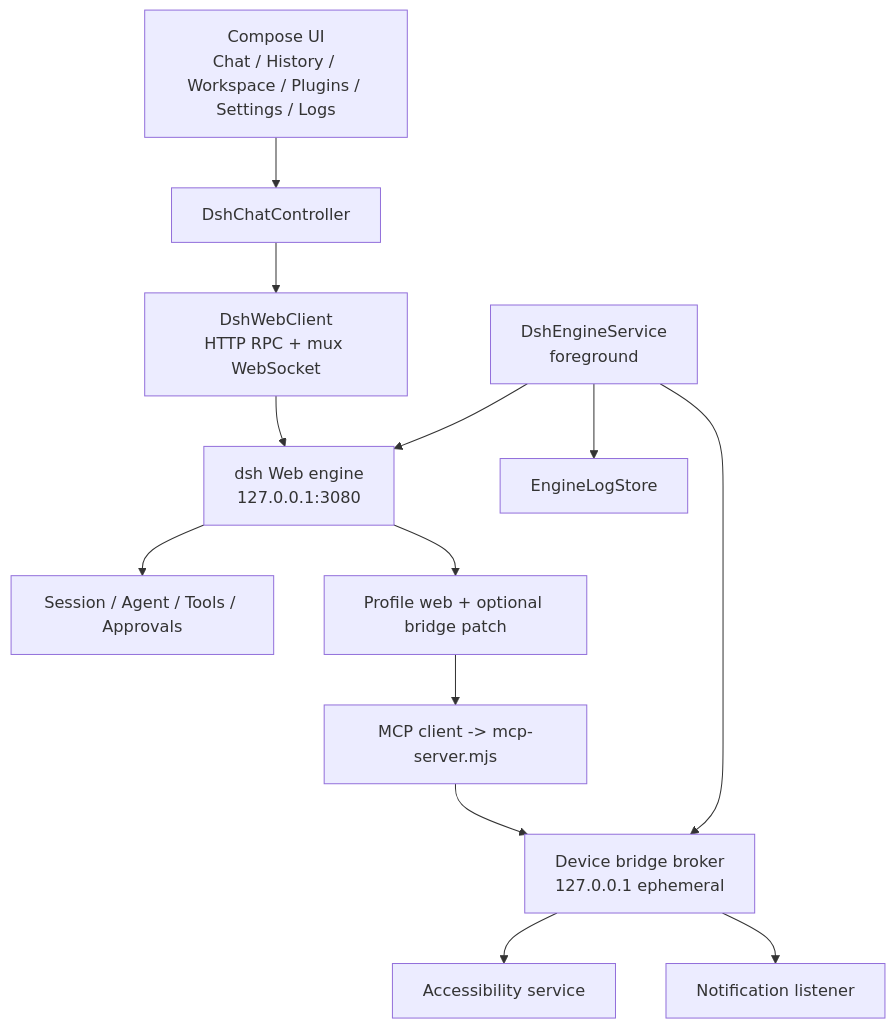
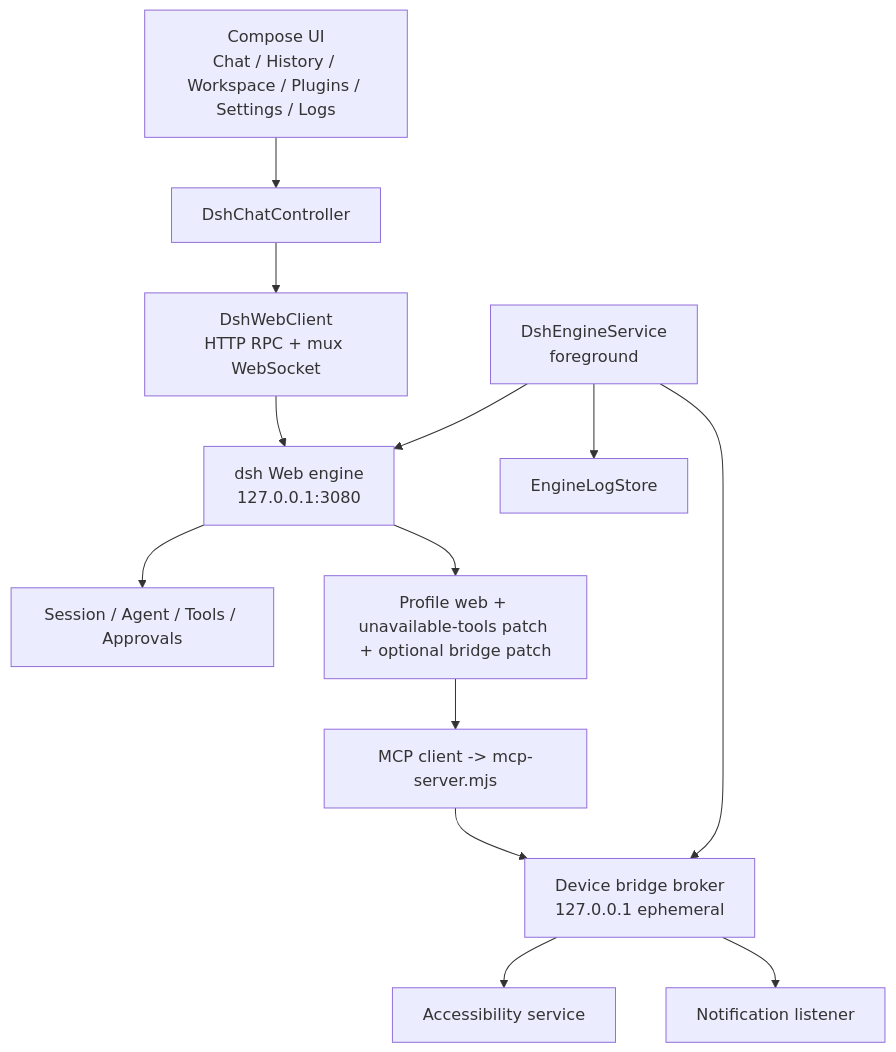
One commit to JackLiKa/android-dsh changed the diagram in docs/architecture-android.md. Above: the diagram before and after it, drawn with Mermaid. The commit also changed other lines of this file and 31 other files, not shown here.

````diff
--- a/docs/architecture-android.md
+++ b/docs/architecture-android.md
@@ -9,15 +9,15 @@
 ```mermaid
 flowchart TD
     UI["Compose UI<br/>Chat / History / Workspace / Plugins / Settings / Logs"] --> C["DshChatController"]
     C --> W["DshWebClient<br/>HTTP RPC + mux WebSocket"]
     W --> E["dsh Web engine<br/>127.0.0.1:3080"]
     E --> S["Session / Agent / Tools / Approvals"]
-    E --> P["Profile web + optional bridge patch"]
+    E --> P["Profile web + unavailable-tools patch + optional bridge patch"]
     P --> M["MCP client -> mcp-server.mjs"]
     M --> B["Device bridge broker<br/>127.0.0.1 ephemeral"]
     B --> A["Accessibility service"]
     B --> N["Notification listener"]
     F["DshEngineService<br/>foreground"] --> E
     F --> L["EngineLogStore"]
     F --> B
 ```
````
